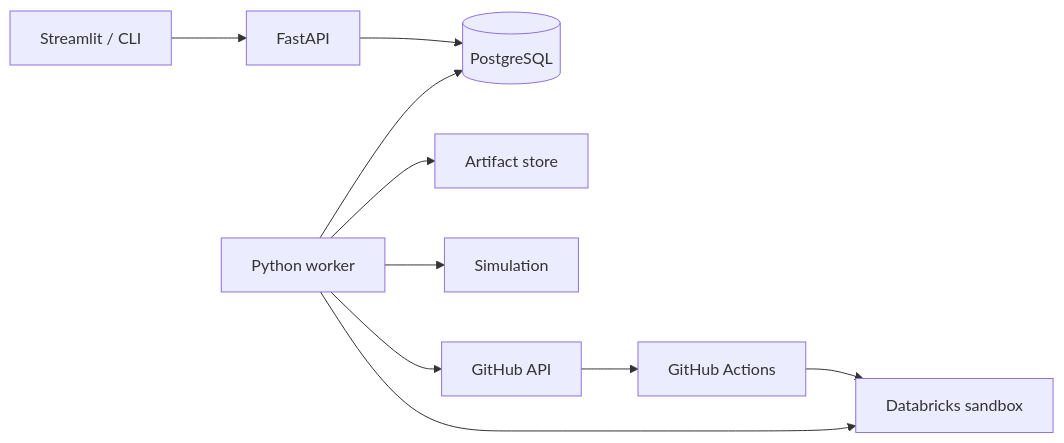
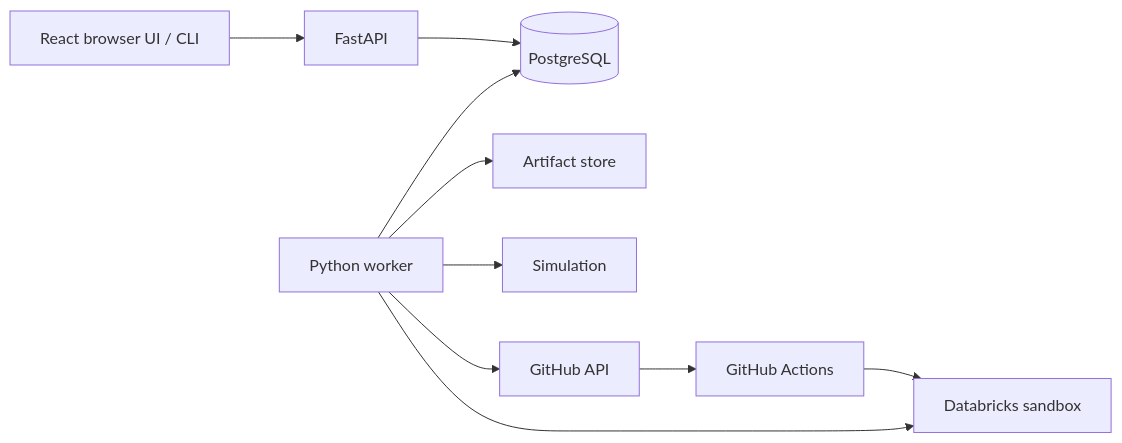
One commit to Niilop/data-app-control-plane changed the diagram in mdfiles/architecture.md. Above: the diagram before and after it, drawn with Mermaid. The commit also changed other lines of this file and 6 other files, not shown here.

````diff
--- a/mdfiles/architecture.md
+++ b/mdfiles/architecture.md
@@ -7,12 +7,12 @@
 ```mermaid
 flowchart LR
-    UI[Streamlit / CLI] --> API[FastAPI]
+    UI[React browser UI / CLI] --> API[FastAPI]
     API --> DB[(PostgreSQL)]
     W[Python worker] --> DB
     W --> FS[Artifact store]
     W --> SIM[Simulation]
     W --> GH[GitHub API]
     GH --> CI[GitHub Actions]
     CI --> D[Databricks sandbox]
     W --> D
 ```
````
